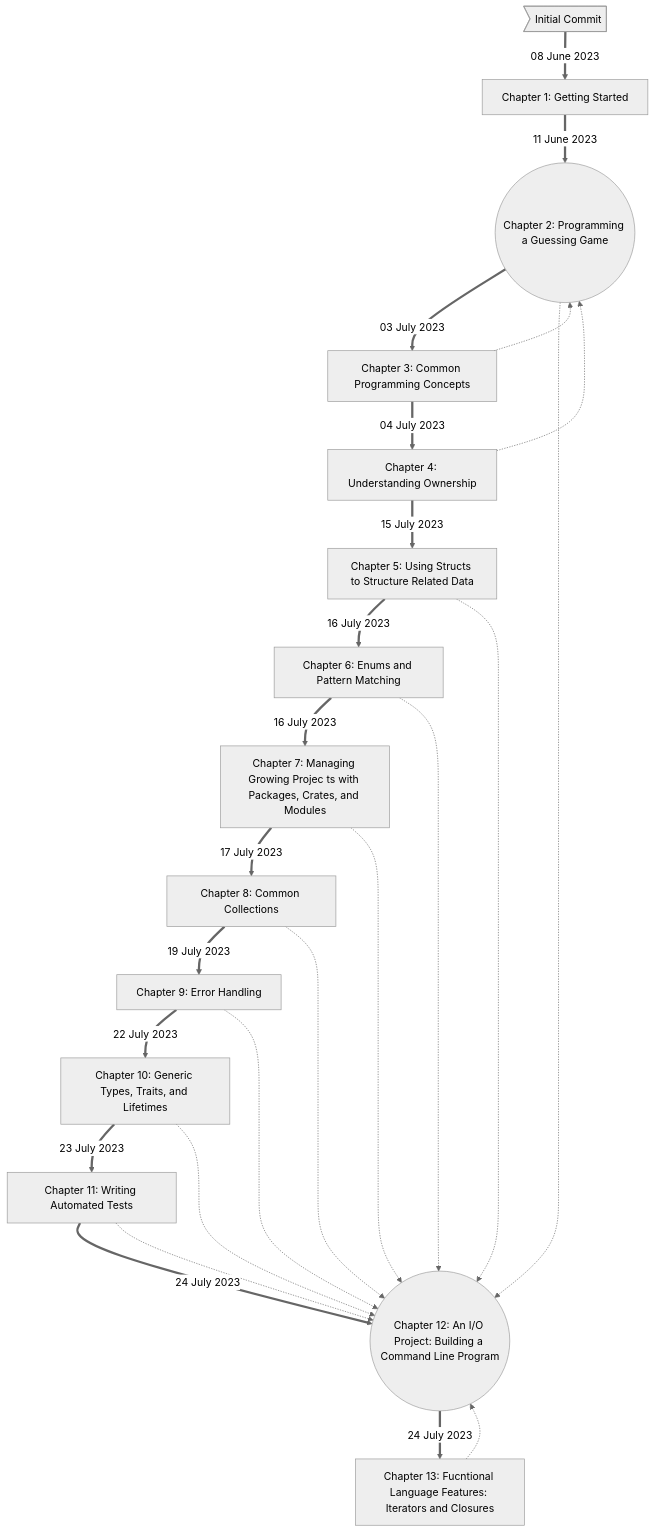
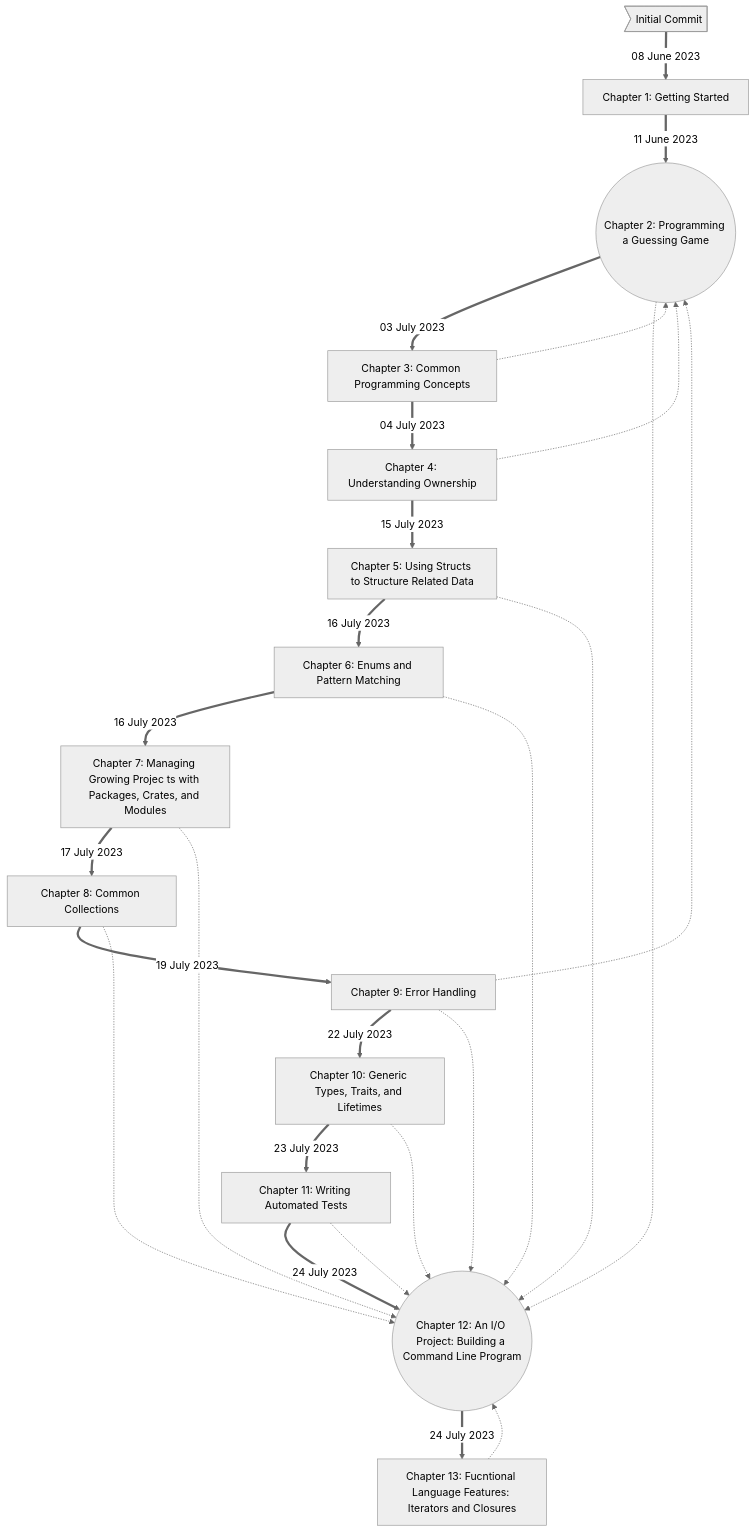
The diagram in README.md (c4collins/the-rust-programming-language-rust-2021), drawn with Mermaid (neutral theme) before and after one commit. The commit also changed 6 other files, not shown here.

````diff
--- a/README.md
+++ b/README.md
@@ -33,27 +33,28 @@
 ```mermaid 
 flowchart TD
     0>Initial Commit] == 08 June 2023 ==> 1[Chapter 1: Getting Started]
     1 == 11 June 2023 ==> 2((Chapter 2: Programming a Guessing Game))
     2 == 03 July 2023 ==> 3[Chapter 3: Common Programming Concepts]
     3 -.-> 2
     3 == 04 July 2023 ==> 4[Chapter 4: Understanding Ownership]
     4 -.-> 2
     4 == 15 July 2023 ==> 5[Chapter 5: Using Structs to Structure Related Data]
     5 == 16 July 2023 ==> 6[Chapter 6: Enums and Pattern Matching]
     6 == 16 July 2023 ==> 7[Chapter 7: Managing Growing Projec ts with Packages, Crates, and Modules]
     7 == 17 July 2023 ==> 8[Chapter 8: Common Collections]
     8 == 19 July 2023 ==> 9[Chapter 9: Error Handling]
     9 == 22 July 2023 ==> 10[Chapter 10: Generic Types, Traits, and Lifetimes]
+    9 -.-> 2
     10 == 23 July 2023 ==> 11[Chapter 11: Writing Automated Tests]
     11 == 24 July 2023 ==> 12((Chapter 12: An I/O Project: Building a Command Line Program))
     2 -.-> 12
     5 -.-> 12
     6 -.-> 12
     7 -.-> 12
     8 -.-> 12
     9 -.-> 12
     10 -.-> 12
     11 -.-> 12
     12 == 24 July 2023 ==> 13[Chapter 13: Fucntional Language Features: Iterators and Closures]
     13 -.-> 12
 ```
````
